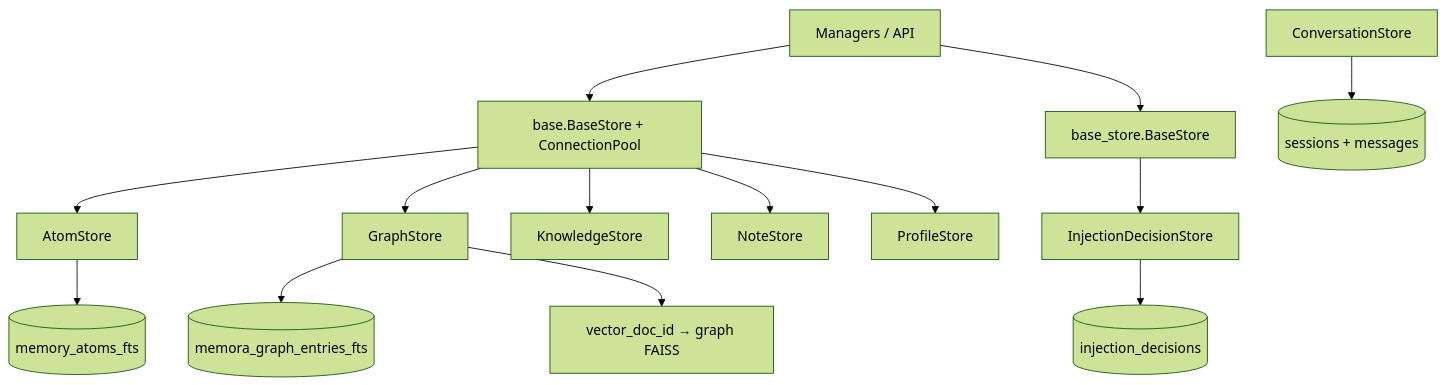
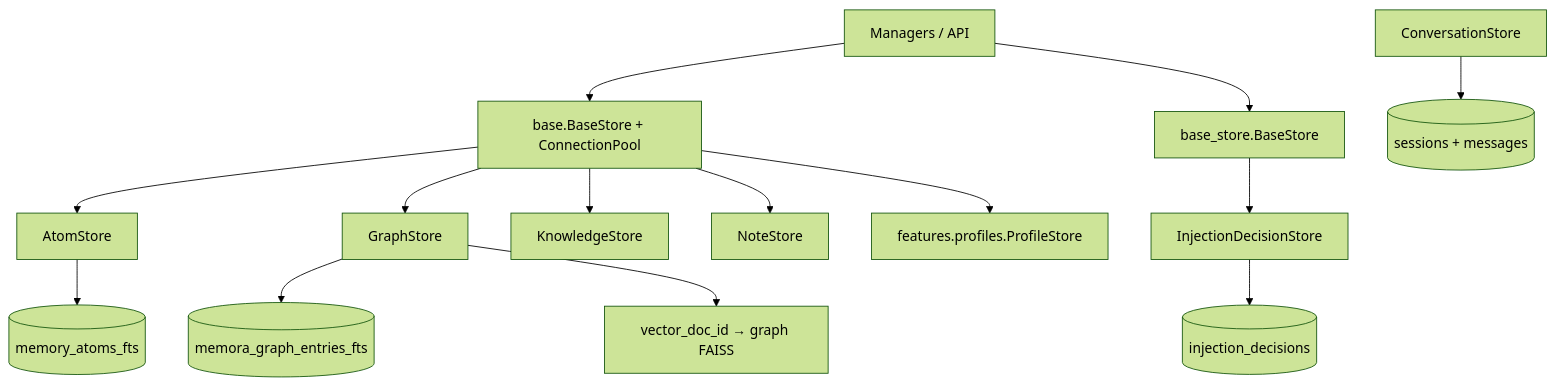
The first of 3 diagrams in core/storage/AGENTS.md (INSide-734/astrbot_plugin_memora), drawn with Mermaid (forest theme) before and after one commit. The commit also changed other lines of this file and 26 other files, not shown here.

````diff
--- a/core/storage/AGENTS.md
+++ b/core/storage/AGENTS.md
@@ -32,16 +32,16 @@
 ```mermaid
 graph TD
     Managers[Managers / API] --> PoolBase[base.BaseStore + ConnectionPool]
     Managers --> InstanceBase[base_store.BaseStore]
     PoolBase --> Atom[AtomStore]
     PoolBase --> Graph[GraphStore]
     PoolBase --> Knowledge[KnowledgeStore]
     PoolBase --> Note[NoteStore]
-    PoolBase --> Profile[ProfileStore]
+    PoolBase --> Profile[features.profiles.ProfileStore]
     InstanceBase --> Decision[InjectionDecisionStore]
     Conversation[ConversationStore] --> Messages[(sessions + messages)]
     Atom --> AtomFTS[(memory_atoms_fts)]
     Graph --> GraphFTS[(memora_graph_entries_fts)]
     Graph --> VectorLink[vector_doc_id → graph FAISS]
     Decision --> Telemetry[(injection_decisions)]
 ```
````
